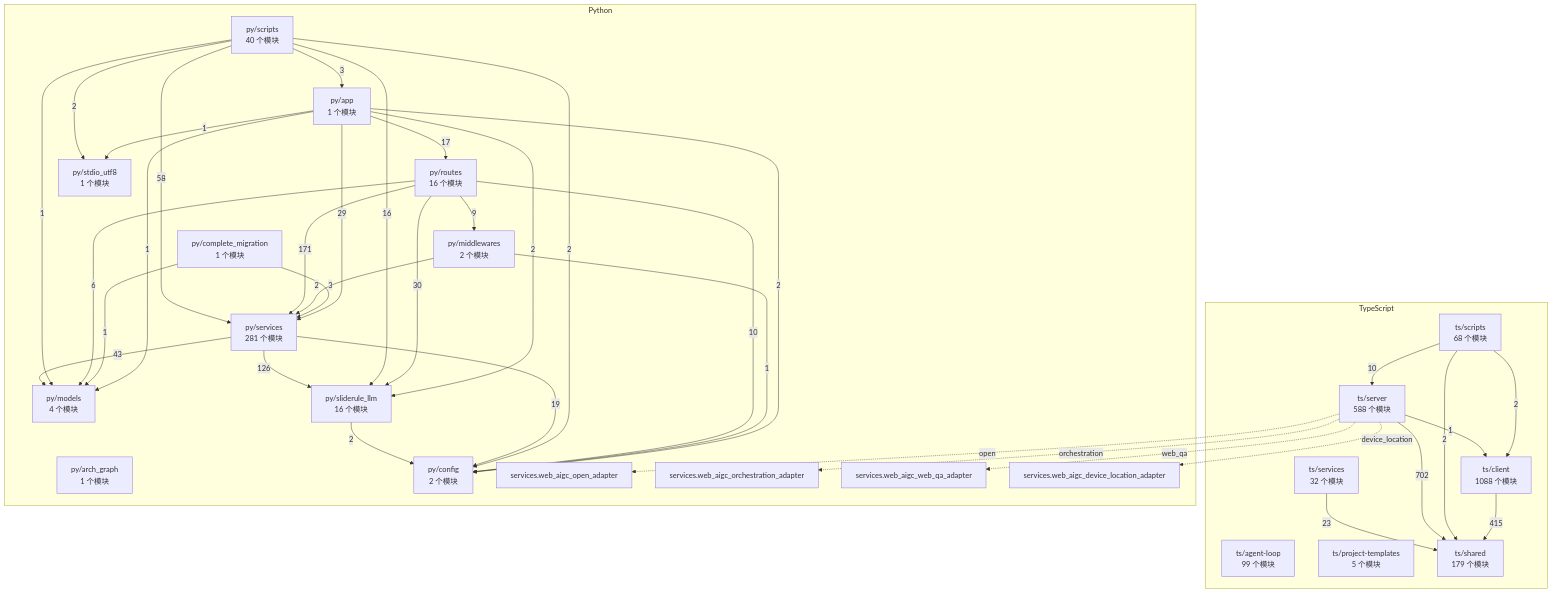
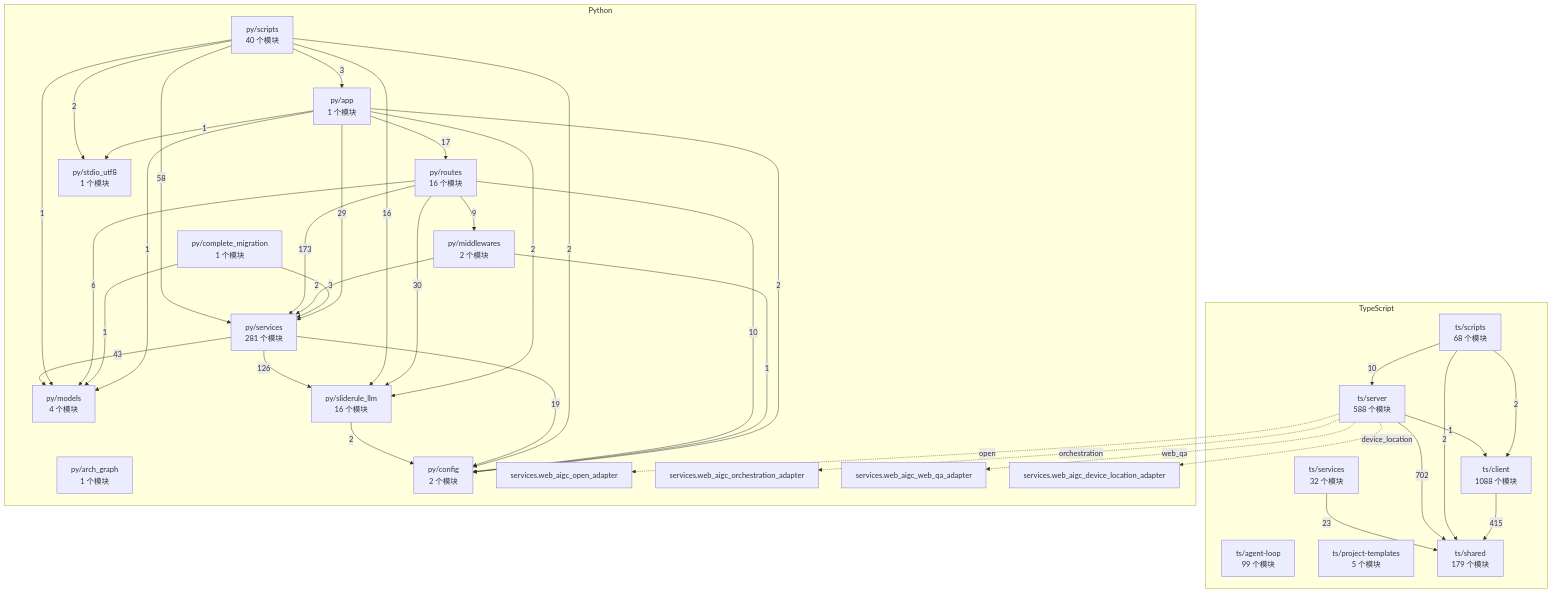
The diagram in docs/WhyBuddy 全仓架构图（自动生成）.md (2686521696/WhyBuddy), drawn with Mermaid before and after one commit. The commit also changed 7 other files, not shown here.

First line of the commit message:
技能包里给人看的文件（PDF / 图片）能交到用户手上：回执点名 + 链接 + 只读路由

````diff
--- a/docs/WhyBuddy 全仓架构图（自动生成）.md
+++ b/docs/WhyBuddy 全仓架构图（自动生成）.md
@@ -14,65 +14,65 @@
 ```mermaid
 flowchart TB
   subgraph ts [TypeScript]
     ts_agent_loop["ts/agent-loop<br/>99 个模块"]
     ts_client["ts/client<br/>1088 个模块"]
     ts_project_templates["ts/project-templates<br/>5 个模块"]
     ts_scripts["ts/scripts<br/>68 个模块"]
     ts_server["ts/server<br/>588 个模块"]
     ts_services["ts/services<br/>32 个模块"]
     ts_shared["ts/shared<br/>179 个模块"]
   end
   subgraph py [Python]
     py_app["py/app<br/>1 个模块"]
     py_arch_graph["py/arch_graph<br/>1 个模块"]
     py_complete_migration["py/complete_migration<br/>1 个模块"]
     py_config["py/config<br/>2 个模块"]
     py_middlewares["py/middlewares<br/>2 个模块"]
     py_models["py/models<br/>4 个模块"]
     py_routes["py/routes<br/>16 个模块"]
     py_scripts["py/scripts<br/>40 个模块"]
     py_services["py/services<br/>281 个模块"]
     py_sliderule_llm["py/sliderule_llm<br/>16 个模块"]
     py_stdio_utf8["py/stdio_utf8<br/>1 个模块"]
     py_services_web_aigc_open_adapter["services.web_aigc_open_adapter"]
     py_services_web_aigc_orchestration_adapter["services.web_aigc_orchestration_adapter"]
     py_services_web_aigc_web_qa_adapter["services.web_aigc_web_qa_adapter"]
     py_services_web_aigc_device_location_adapter["services.web_aigc_device_location_adapter"]
   end
   ts_client -->|415| ts_shared
   ts_scripts -->|2| ts_client
   ts_scripts -->|10| ts_server
   ts_scripts -->|2| ts_shared
   ts_server -->|1| ts_client
   ts_server -->|702| ts_shared
   ts_services -->|23| ts_shared
   py_app -->|2| py_config
   py_app -->|1| py_models
   py_app -->|17| py_routes
   py_app -->|29| py_services
   py_app -->|2| py_sliderule_llm
   py_app -->|1| py_stdio_utf8
   py_complete_migration -->|1| py_models
   py_complete_migration -->|3| py_services
   py_middlewares -->|1| py_config
   py_middlewares -->|2| py_services
   py_routes -->|10| py_config
   py_routes -->|9| py_middlewares
   py_routes -->|6| py_models
-  py_routes -->|171| py_services
+  py_routes -->|173| py_services
   py_routes -->|30| py_sliderule_llm
   py_scripts -->|3| py_app
   py_scripts -->|2| py_config
   py_scripts -->|1| py_models
   py_scripts -->|58| py_services
   py_scripts -->|16| py_sliderule_llm
   py_scripts -->|2| py_stdio_utf8
   py_services -->|19| py_config
   py_services -->|43| py_models
   py_services -->|126| py_sliderule_llm
   py_sliderule_llm -->|2| py_config
   ts_server -.->|open| py_services_web_aigc_open_adapter
   ts_server -.->|orchestration| py_services_web_aigc_orchestration_adapter
   ts_server -.->|web_qa| py_services_web_aigc_web_qa_adapter
   ts_server -.->|device_location| py_services_web_aigc_device_location_adapter
 ```
````
